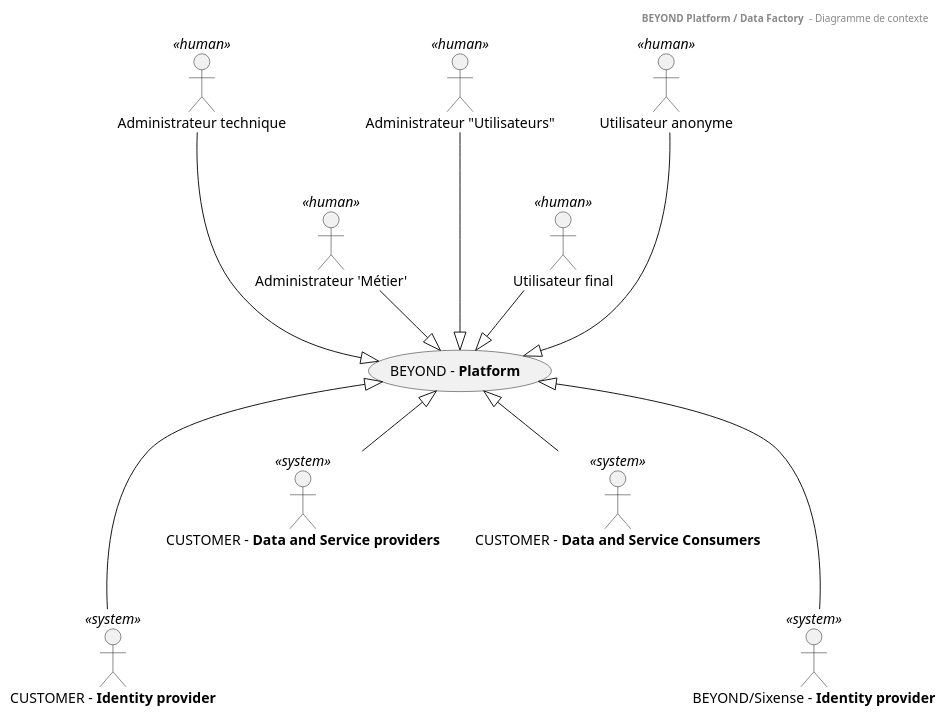
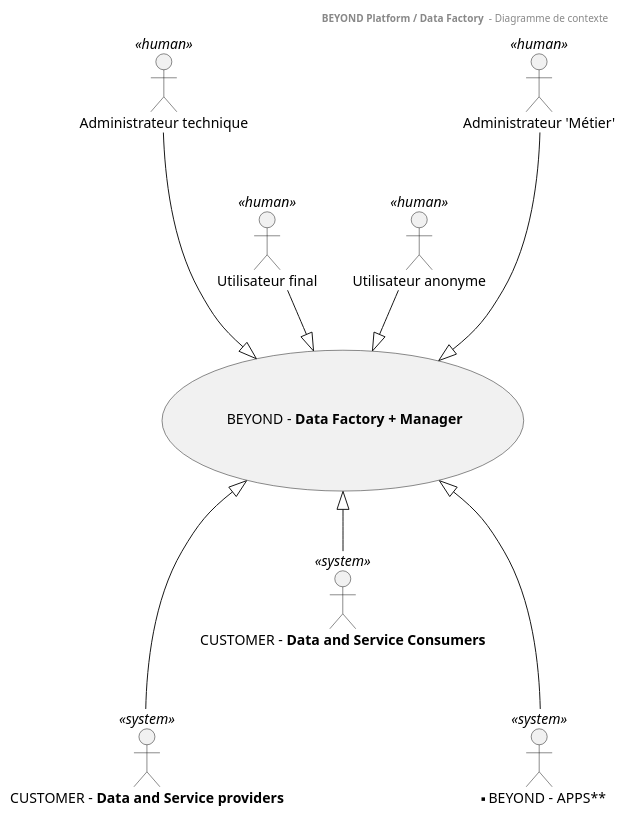
One commit to cogirep/documentation changed the diagram in 01.byd-DataFactory/1.ArchitectureDossier/images/0100.SystemContext.puml. Above: the diagram before and after it, drawn with PlantUML. The commit also changed 3 other files, not shown here.

Commit message:
System Context diagram

```diff
--- a/01.byd-DataFactory/1.ArchitectureDossier/images/0100.SystemContext.puml
+++ b/01.byd-DataFactory/1.ArchitectureDossier/images/0100.SystemContext.puml
@@ -1,33 +1,29 @@
 @startuml
 header
 <b>BEYOND Platform / Data Factory </b> - Diagramme de contexte
 end header
 
-(BEYOND - **Platform** ) as SYSTEM
+( \n\n BEYOND - **Data Factory + Manager**\n\n  ) as SYSTEM
 
 :Administrateur technique: as ACTOR2 <<human>>
+:Utilisateur final: as ACTOR4 <<human>>
+:Utilisateur anonyme: as ACTOR5 <<human>>
 :Administrateur 'Métier': as ACTOR3 <<human>>
-:Administrateur "Utilisateurs": as ACTOR4 <<human>>
-:Utilisateur final: as ACTOR5 <<human>>
-:Utilisateur anonyme: as ACTOR6 <<human>>
 
-:CUSTOMER - **Identity provider**: as SYSTEM2<<system>>
 :CUSTOMER - **Data and Service providers**: as SYSTEM3<<system>>
 :CUSTOMER - **Data and Service Consumers**: as SYSTEM4<<system>>
-:BEYOND/Sixense - **Identity provider**: as SYSTEM5 <<system>>
+:** BEYOND - APPS**: as SYSTEM5 <<system>>
 
 ACTOR2  ---|>SYSTEM
-ACTOR3  --|>SYSTEM
-ACTOR4  ---|>SYSTEM
 ACTOR5  --|>SYSTEM
-ACTOR6  ---|>SYSTEM
+ACTOR4  --|>SYSTEM
+ACTOR3  ---|>SYSTEM
 
 
-SYSTEM <|--- SYSTEM2
-SYSTEM <|-- SYSTEM3
+SYSTEM <|--- SYSTEM3
 SYSTEM <|-- SYSTEM4
 SYSTEM <|--- SYSTEM5
 
 
 
 @enduml
```
